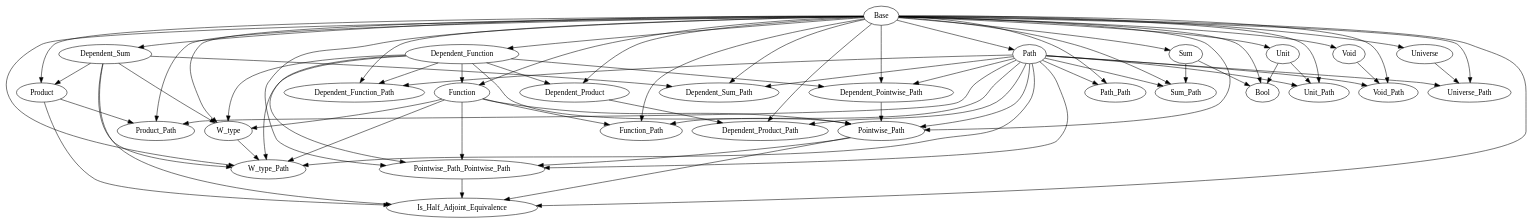
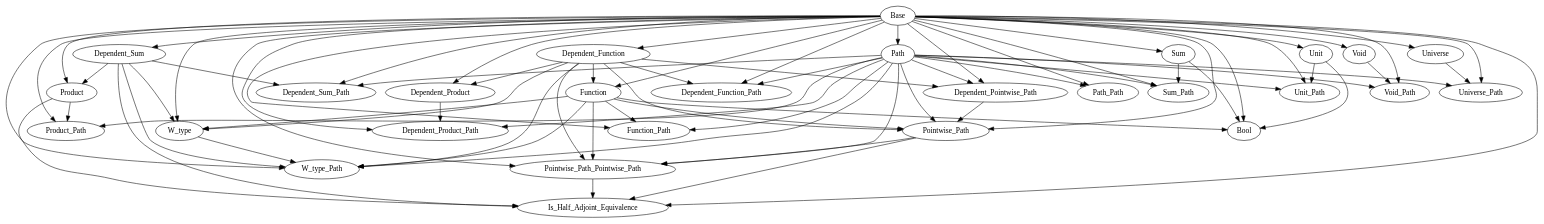
One commit to Hexirp/googology-in-coq changed the diagram in libraries/dependencies.gv. Above: the diagram before and after it, drawn with Graphviz.

Commit message:
Update: dependencies.gv を

```diff
--- a/libraries/dependencies.gv
+++ b/libraries/dependencies.gv
@@ -1,103 +1,104 @@
 digraph Dependencies {
   # Base
   # Dependent_Function
   "Base" -> "Dependent_Function";
   # Function
   "Base" -> "Function";
   "Dependent_Function" -> "Function";
   # Dependent_Product
   "Base" -> "Dependent_Product";
   "Dependent_Function" -> "Dependent_Product";
   # Dependent_Sum
   "Base" -> "Dependent_Sum";
   # Product
   "Base" -> "Product";
   "Dependent_Sum" -> "Product";
   # Sum
   "Base" -> "Sum";
   # Unit
   "Base" -> "Unit";
   # Void
   "Base" -> "Void";
   # W_type
   "Base" -> "W_type";
   "Dependent_Function" -> "W_type";
   "Function" -> "W_type";
   "Dependent_Sum" -> "W_type";
   # Universe
   "Base" -> "Universe";
   # Path
   "Base" -> "Path";
   # Dependent_Function_Path
   "Base" -> "Dependent_Function_Path";
   "Dependent_Function" -> "Dependent_Function_Path";
   "Path" -> "Dependent_Function_Path";
   # Function_Path
   "Base" -> "Function_Path";
   "Function" -> "Function_Path";
   "Path" -> "Function_Path";
   # Dependent_Product_Path
   "Base" -> "Dependent_Product_Path";
   "Dependent_Product" -> "Dependent_Product_Path";
   "Path" -> "Dependent_Product_Path";
   # Dependent_Sum_Path
   "Base" -> "Dependent_Sum_Path";
   "Dependent_Sum" -> "Dependent_Sum_Path";
   "Path" -> "Dependent_Sum_Path";
   # Product_Path
   "Base" -> "Product_Path";
   "Product" -> "Product_Path";
   "Path" -> "Product_Path";
   # Sum_Path
   "Base" -> "Sum_Path";
   "Sum" -> "Sum_Path";
   "Path" -> "Sum_Path";
   # Unit_Path
   "Base" -> "Unit_Path";
   "Unit" -> "Unit_Path";
   "Path" -> "Unit_Path";
   # Void_Path
   "Base" -> "Void_Path";
   "Void" -> "Void_Path";
   "Path" -> "Void_Path";
   # W_type_Path
   "Base" -> "W_type_Path";
   "Dependent_Function" -> "W_type_Path";
   "Function" -> "W_type_Path";
   "Dependent_Sum" -> "W_type_Path";
   "W_type" -> "W_type_Path";
   "Path" -> "W_type_Path";
   # Universe_Path
   "Base" -> "Universe_Path";
   "Universe" -> "Universe_Path";
   "Path" -> "Universe_Path";
   # Path_Path
   "Base" -> "Path_Path";
   "Path" -> "Path_Path";
   # Dependent_Pointwise_Path
   "Base" -> "Dependent_Pointwise_Path";
   "Dependent_Function" -> "Dependent_Pointwise_Path";
   "Path" -> "Dependent_Pointwise_Path";
   # Pointwise_Path
   "Base" -> "Pointwise_Path";
   "Dependent_Function" -> "Pointwise_Path";
   "Function" -> "Pointwise_Path";
   "Path" -> "Pointwise_Path";
   "Dependent_Pointwise_Path" -> "Pointwise_Path";
   # Pointwise_Path_Pointwise_Path
   "Base" -> "Pointwise_Path_Pointwise_Path";
   "Dependent_Function" -> "Pointwise_Path_Pointwise_Path";
   "Function" -> "Pointwise_Path_Pointwise_Path";
   "Path" -> "Pointwise_Path_Pointwise_Path";
   "Pointwise_Path" -> "Pointwise_Path_Pointwise_Path";
   # Is_Half_Adjoint_Equivalence
   "Base" -> "Is_Half_Adjoint_Equivalence";
   "Dependent_Sum" -> "Is_Half_Adjoint_Equivalence";
   "Product" -> "Is_Half_Adjoint_Equivalence";
   "Pointwise_Path" -> "Is_Half_Adjoint_Equivalence";
   "Pointwise_Path_Pointwise_Path" -> "Is_Half_Adjoint_Equivalence";
   # Bool
   "Base" -> "Bool";
+  "Function" -> "Bool";
   "Sum" -> "Bool";
   "Unit" -> "Bool";
 }
```
